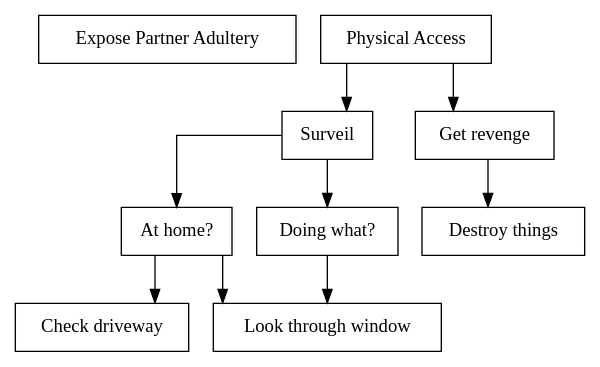
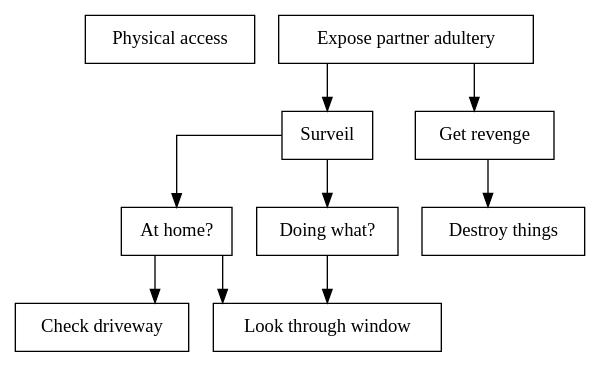
The diagram in figures/graphviz/partner_vs_consumer_physical.dot (des904e15/report), drawn with Graphviz before and after one commit. The commit also changed 11 other files, not shown here.

Commit message:
Applied attacktree tool to partner attack trees

```diff
--- a/figures/graphviz/partner_vs_consumer_physical.dot
+++ b/figures/graphviz/partner_vs_consumer_physical.dot
@@ -1,30 +1,30 @@
 digraph finite_state_machine {
   node [shape = rectangle];
   graph [splines=ortho];
 
-  attack[label="Expose Partner Adultery"];
-  physical_access[label = "Physical Access",shape=AND];
+  attack[label="Physical access"];
+  root[label = "Expose partner adultery",shape=AND];
 
   surveil[label="Surveil",shape=OR];
-  physical_access->surveil;
+  root->surveil;
 
     at_home[label="At home?",shape=OR];
     surveil->at_home
 
       check_driveway[label="Check driveway"];
       at_home->check_driveway;
 
       look_window[label="Look through window"];
       at_home->look_window;
 
     doing_what[label="Doing what?"];
     surveil->doing_what;
 
       doing_what->look_window;
 
   revenge[label="Get revenge"];
-  physical_access->revenge;
+  root->revenge;
 
     destroy_things[label="Destroy things"];
     revenge->destroy_things;
 }
```
